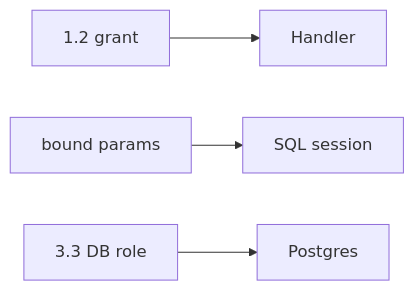
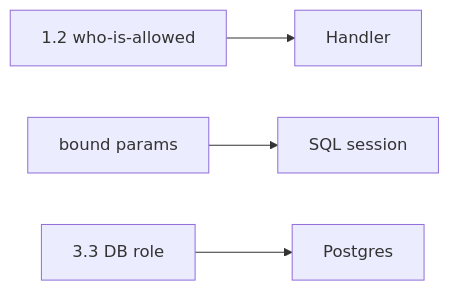
One commit to ishitvagoel/LearnSecurity changed the second of 2 diagrams in content/modules/5/5.5/lessons/01-property.md. Above: the diagram before and after it, drawn with Mermaid. The commit also changed other lines of this file and 39 other files, not shown here.

````diff
--- a/content/modules/5/5.5/lessons/01-property.md
+++ b/content/modules/5/5.5/lessons/01-property.md
@@ -32,6 +31,6 @@
 ```mermaid
 flowchart LR
-  G1["1.2 grant"] --> Handler[Handler]
+  G1["1.2 who-is-allowed"] --> Handler[Handler]
   G2[bound params] --> SQL[SQL session]
   G3["3.3 DB role"] --> PG[Postgres]
 ```
````
